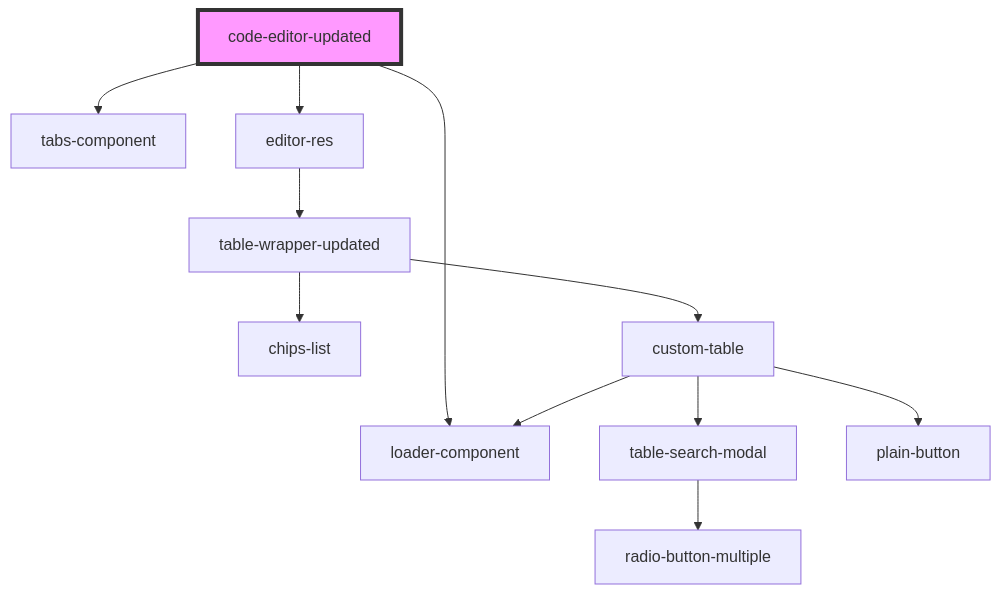
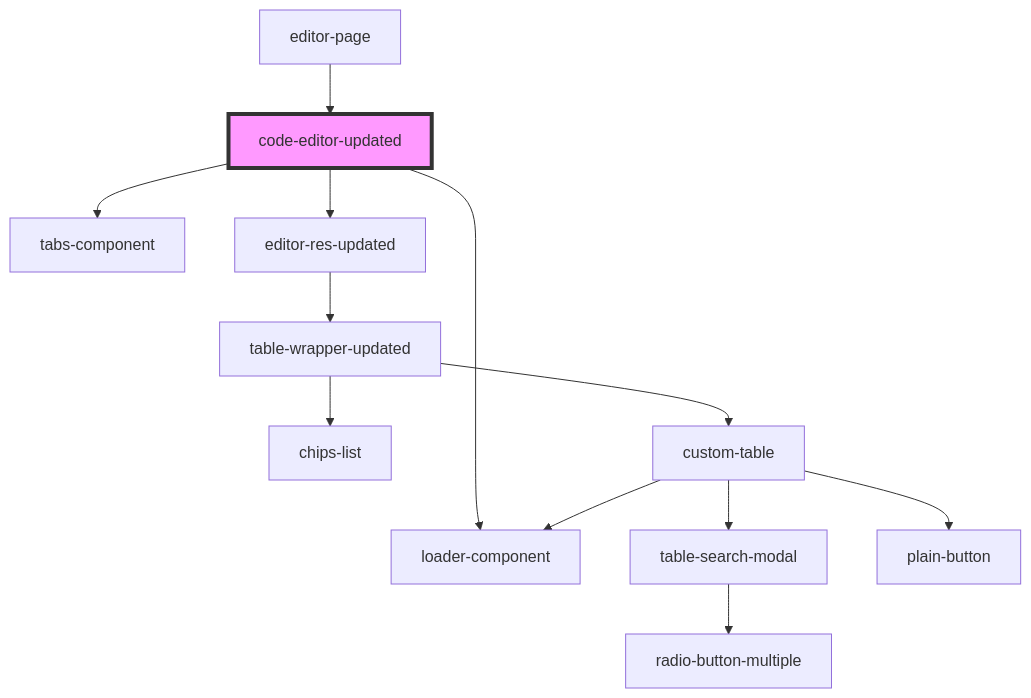
The diagram in src/components/code-editor-updated/readme.md (techvariable/NeptuneConnectComponents), drawn with Mermaid before and after one commit. The commit also changed other lines of this file and 14 other files, not shown here.

````diff
--- a/src/components/code-editor-updated/readme.md
+++ b/src/components/code-editor-updated/readme.md
@@ -26,14 +32,15 @@
 ```mermaid
 graph TD;
   code-editor-updated --> tabs-component
   code-editor-updated --> loader-component
-  code-editor-updated --> editor-res
-  editor-res --> table-wrapper-updated
+  code-editor-updated --> editor-res-updated
+  editor-res-updated --> table-wrapper-updated
   table-wrapper-updated --> chips-list
   table-wrapper-updated --> custom-table
   custom-table --> table-search-modal
   custom-table --> loader-component
   custom-table --> plain-button
   table-search-modal --> radio-button-multiple
+  editor-page --> code-editor-updated
   style code-editor-updated fill:#f9f,stroke:#333,stroke-width:4px
 ```
````
